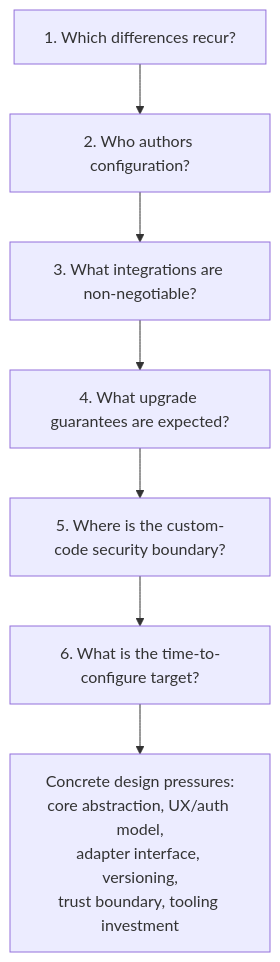
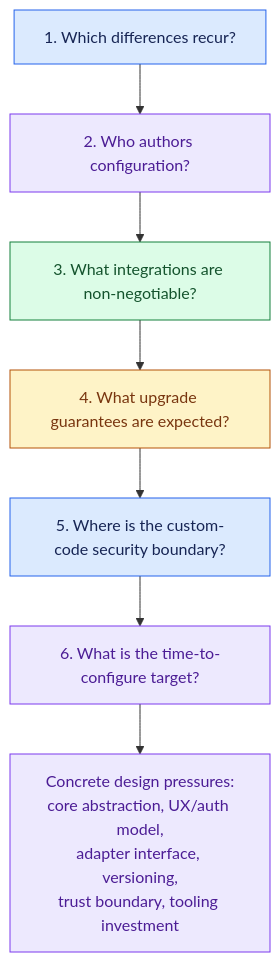
One commit to Sourav692/Forward-Deployed-Engineer-Interview-Prep changed the third of 3 diagrams in site/content/modules/15-fde-case-studies/standalone-designs/configurable-platform-customer-workflows/tutorial-v2.md. Above: the diagram before and after it, drawn with Mermaid. The commit also changed other lines of this file and 1268 other files, not shown here.

First line of the commit message:
content: polish Casebook writing and Mermaid diagrams (#251)

````diff
--- a/site/content/modules/15-fde-case-studies/standalone-designs/configurable-platform-customer-workflows/tutorial-v2.md
+++ b/site/content/modules/15-fde-case-studies/standalone-designs/configurable-platform-customer-workflows/tutorial-v2.md
@@ -181,9 +199,19 @@
 ```mermaid
 flowchart TD
   Q1["1. Which differences recur?"] --> Q2["2. Who authors configuration?"]
   Q2 --> Q3["3. What integrations are non-negotiable?"]
   Q3 --> Q4["4. What upgrade guarantees are expected?"]
   Q4 --> Q5["5. Where is the custom-code security boundary?"]
   Q5 --> Q6["6. What is the time-to-configure target?"]
   Q6 --> DESIGN["Concrete design pressures:<br/>core abstraction, UX/auth model,<br/>adapter interface, versioning,<br/>trust boundary, tooling investment"]
+
+    %% Casebook colours: entry, reasoning, results, controls, and stopped paths.
+    classDef cbInput fill:#dbeafe,stroke:#2563eb,color:#172554
+    class Q1,Q5 cbInput
+    classDef cbReason fill:#ede9fe,stroke:#7c3aed,color:#4c1d95
+    class Q2,Q6,DESIGN cbReason
+    classDef cbAction fill:#dcfce7,stroke:#15803d,color:#14532d
+    class Q3 cbAction
+    classDef cbPolicy fill:#fef3c7,stroke:#b45309,color:#78350f
+    class Q4 cbPolicy
 ```
````
